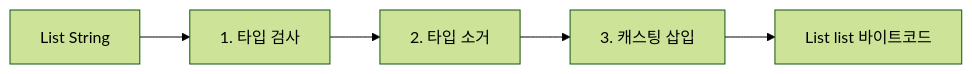
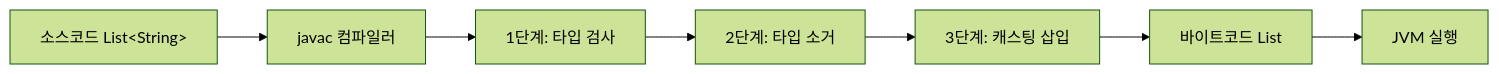
Before and after one commit to yjkim2015/yjkim2015.github.io: the first of 2 diagrams in _posts/java/2026-05-01-java-generics.md, drawn with Mermaid (forest theme). The commit also changed other lines of this file and 4 other files, not shown here.

````diff
--- a/_posts/java/2026-05-01-java-generics.md
+++ b/_posts/java/2026-05-01-java-generics.md
@@ -639,7 +65,9 @@
 ```mermaid
 graph LR
-    SRC["List String"] --> CHECK["1. 타입 검사"]
-    CHECK --> ERASE["2. 타입 소거"]
-    ERASE --> CAST["3. 캐스팅 삽입"]
-    CAST --> BC["List list 바이트코드"]
+    SRC["소스코드 List&lt;String&gt;"] --> JAVAC["javac 컴파일러"]
+    JAVAC --> CHECK["1단계: 타입 검사"]
+    CHECK --> ERASE["2단계: 타입 소거"]
+    ERASE --> CAST["3단계: 캐스팅 삽입"]
+    CAST --> BC["바이트코드 List"]
+    BC --> JVM["JVM 실행"]
 ```
````
